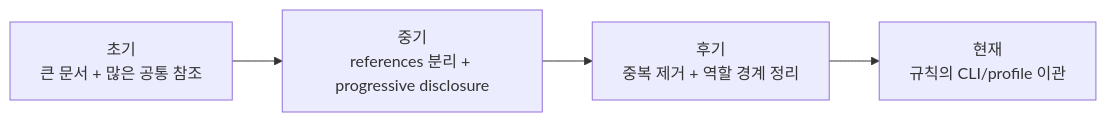
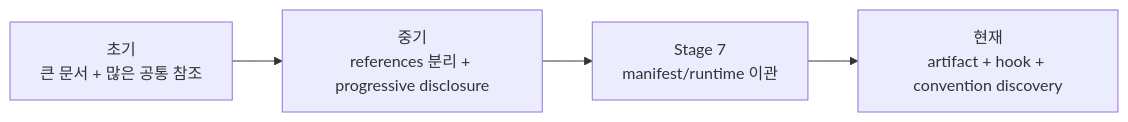
One commit to SeoJaeWan/try-claude-code changed diagram 11 of 14 in docs/claude-code-workflow-evolution.md. Above: the diagram before and after it, drawn with Mermaid. The commit also changed other lines of this file and 1 other file, not shown here.

````diff
--- a/docs/claude-code-workflow-evolution.md
+++ b/docs/claude-code-workflow-evolution.md
@@ -699,9 +727,9 @@
 ```mermaid
 flowchart LR
     A["초기<br/>큰 문서 + 많은 공통 참조"]
     B["중기<br/>references 분리 + progressive disclosure"]
-    C["후기<br/>중복 제거 + 역할 경계 정리"]
-    D["현재<br/>규칙의 CLI/profile 이관"]
+    C["Stage 7<br/>manifest/runtime 이관"]
+    D["현재<br/>artifact + hook + convention discovery"]
 
     A --> B --> C --> D
 ```
````
